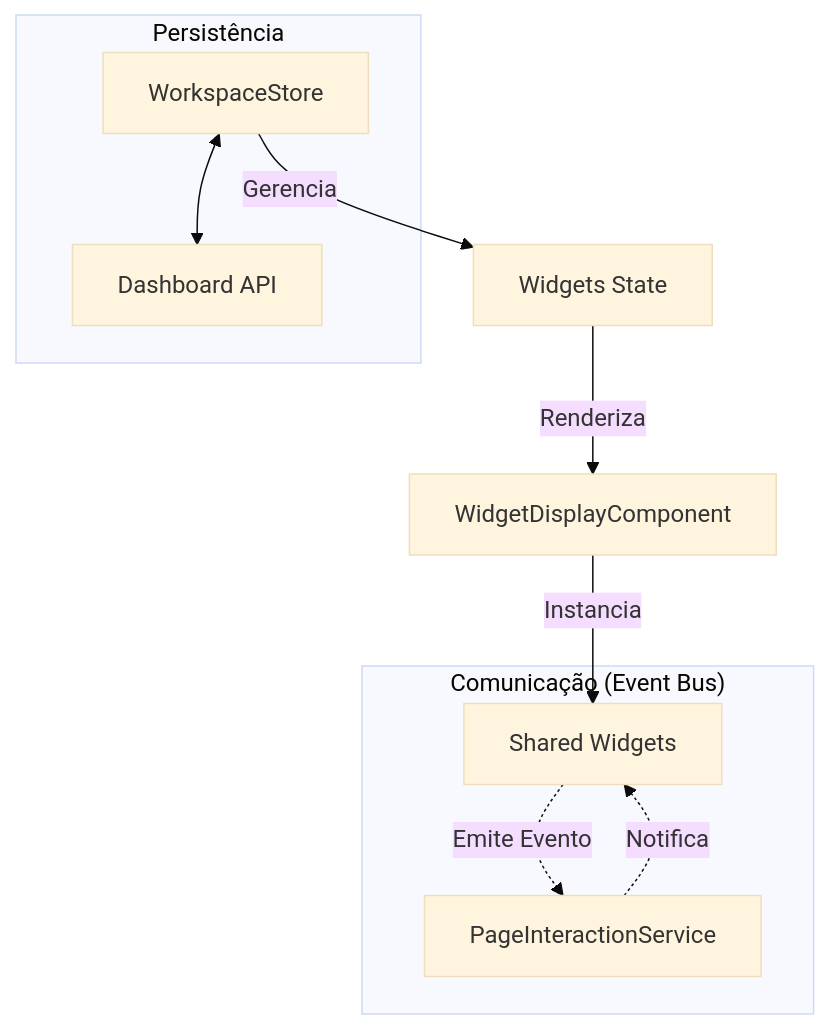
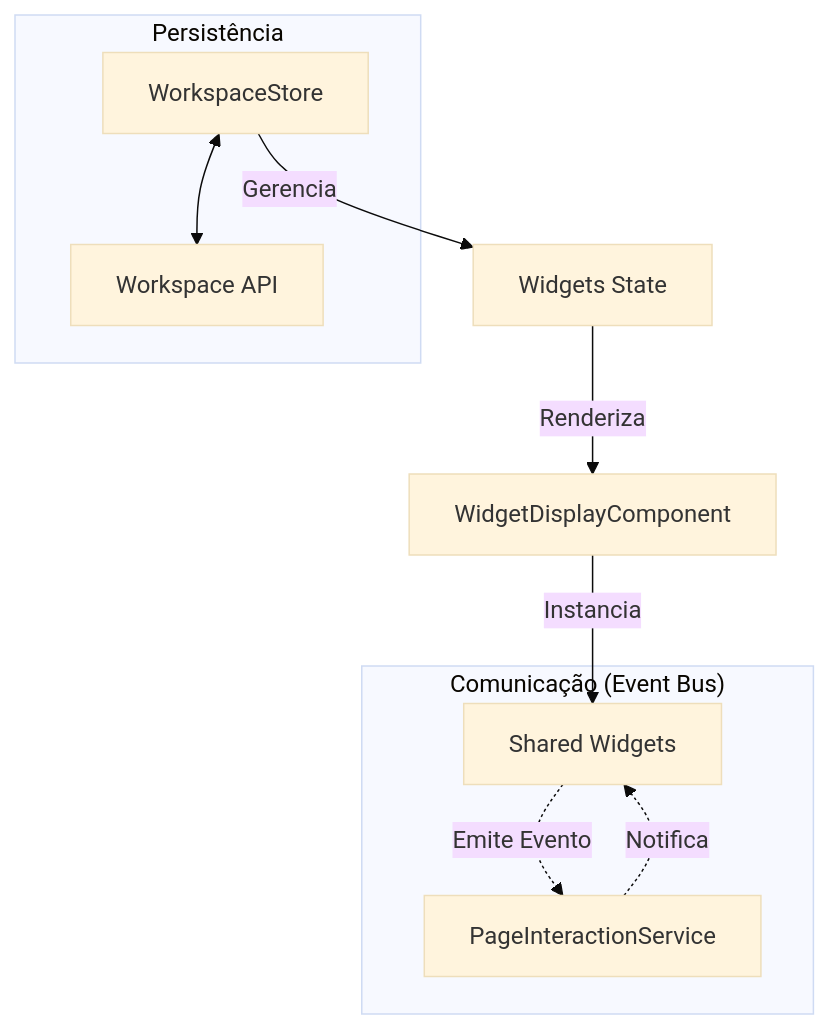
One commit to allangaiteir00/insight-ai changed the second of 2 diagrams in src/app/features/workspace/docs/WORKSPACE.md. Above: the diagram before and after it, drawn with Mermaid (base theme). The commit also changed other lines of this file and 6 other files, not shown here.

````diff
--- a/src/app/features/workspace/docs/WORKSPACE.md
+++ b/src/app/features/workspace/docs/WORKSPACE.md
@@ -76,17 +76,17 @@
 ```mermaid
 graph TD
     A[WorkspaceStore] -->|Gerencia| B[Widgets State]
     B -->|Renderiza| C[WidgetDisplayComponent]
     C -->|Instancia| D[Shared Widgets]
     
     subgraph "Comunicação (Event Bus)"
         E[PageInteractionService]
         D -.->|Emite Evento| E
         E -.->|Notifica| D
     end
 
     subgraph "Persistência"
-        F[Dashboard API]
+        F[Workspace API]
         A <--> F
     end
 ```
````
